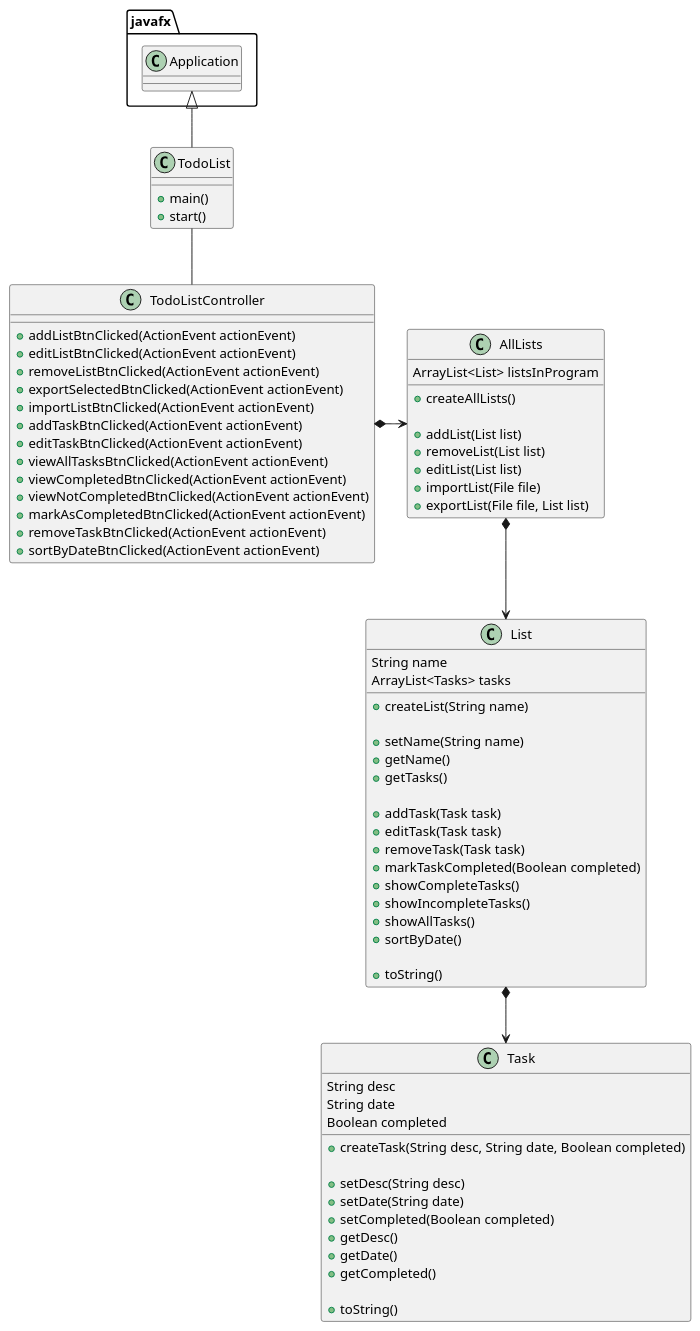
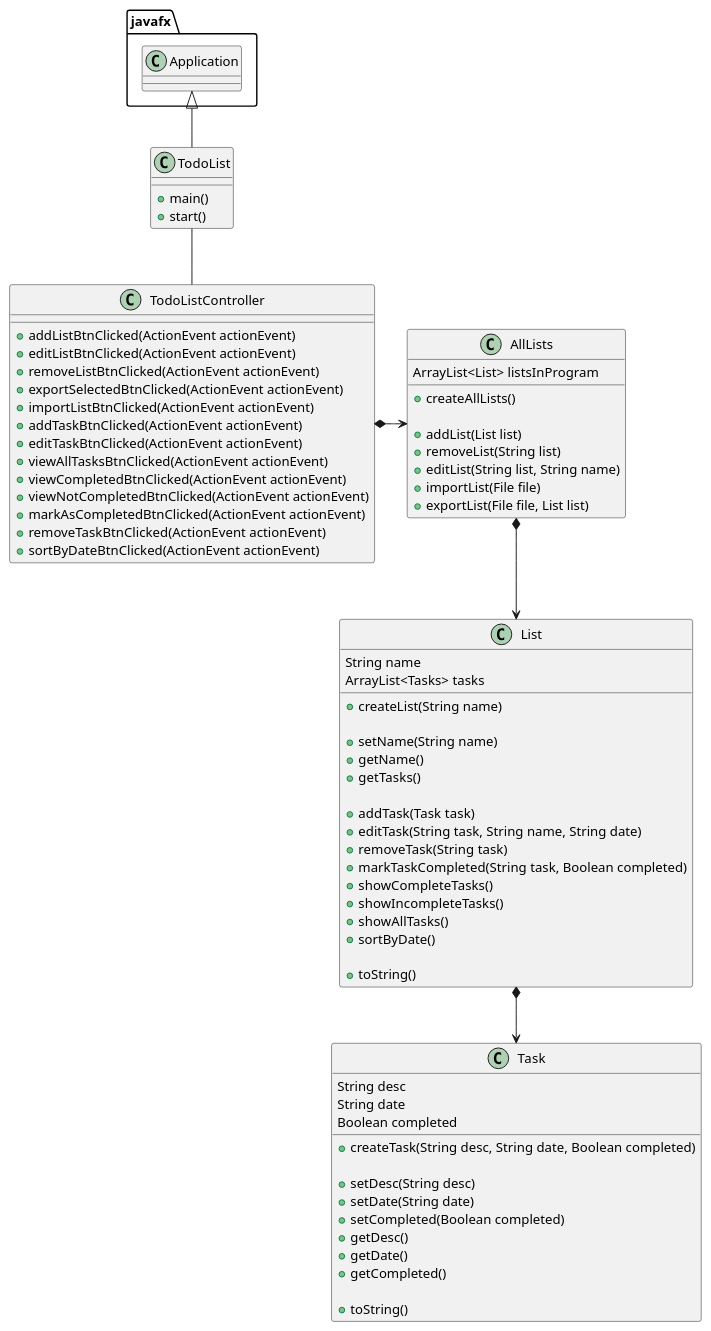
Before and after one commit to josevalen2001/valencia-cop3330-assignment4part2: the diagram in uml/ClassDiagram.puml, drawn with PlantUML. The commit also changed 6 other files, not shown here.

```diff
--- a/uml/ClassDiagram.puml
+++ b/uml/ClassDiagram.puml
@@ -6,96 +6,96 @@
 @startuml
 'https://plantuml.com/class-diagram
 
 class TodoList {
 
     + main()
     + start()
 
 }
 
 class TodoListController {
 
     + addListBtnClicked(ActionEvent actionEvent)
     + editListBtnClicked(ActionEvent actionEvent)
     + removeListBtnClicked(ActionEvent actionEvent)
     + exportSelectedBtnClicked(ActionEvent actionEvent)
     + importListBtnClicked(ActionEvent actionEvent)
     + addTaskBtnClicked(ActionEvent actionEvent)
     + editTaskBtnClicked(ActionEvent actionEvent)
     + viewAllTasksBtnClicked(ActionEvent actionEvent)
     + viewCompletedBtnClicked(ActionEvent actionEvent)
     + viewNotCompletedBtnClicked(ActionEvent actionEvent)
     + markAsCompletedBtnClicked(ActionEvent actionEvent)
     + removeTaskBtnClicked(ActionEvent actionEvent)
     + sortByDateBtnClicked(ActionEvent actionEvent)
 
 }
 
 class AllLists {
 
     ArrayList<List> listsInProgram
 
     + createAllLists()
 
     + addList(List list)
-    + removeList(List list)
-    + editList(List list)
+    + removeList(String list)
+    + editList(String list, String name)
     + importList(File file)
     + exportList(File file, List list)
 
 
 }
 
 class List {
 
     String name
     ArrayList<Tasks> tasks
 
     + createList(String name)
 
     + setName(String name)
     + getName()
     + getTasks()
 
     + addTask(Task task)
-    + editTask(Task task)
-    + removeTask(Task task)
-    + markTaskCompleted(Boolean completed)
+    + editTask(String task, String name, String date)
+    + removeTask(String task)
+    + markTaskCompleted(String task, Boolean completed)
     + showCompleteTasks()
     + showIncompleteTasks()
     + showAllTasks()
     + sortByDate()
 
     + toString()
 
 
 }
 
 class Task {
 
     String desc
     String date
     Boolean completed
 
     + createTask(String desc, String date, Boolean completed)
 
     + setDesc(String desc)
     + setDate(String date)
     + setCompleted(Boolean completed)
     + getDesc()
     + getDate()
     + getCompleted()
 
     + toString()
 
 
 }
 
 javafx.Application <|-- TodoList
 TodoList -- TodoListController
 TodoListController *-> AllLists
 AllLists *--> List
 List *--> Task
 
 
 @enduml
```
